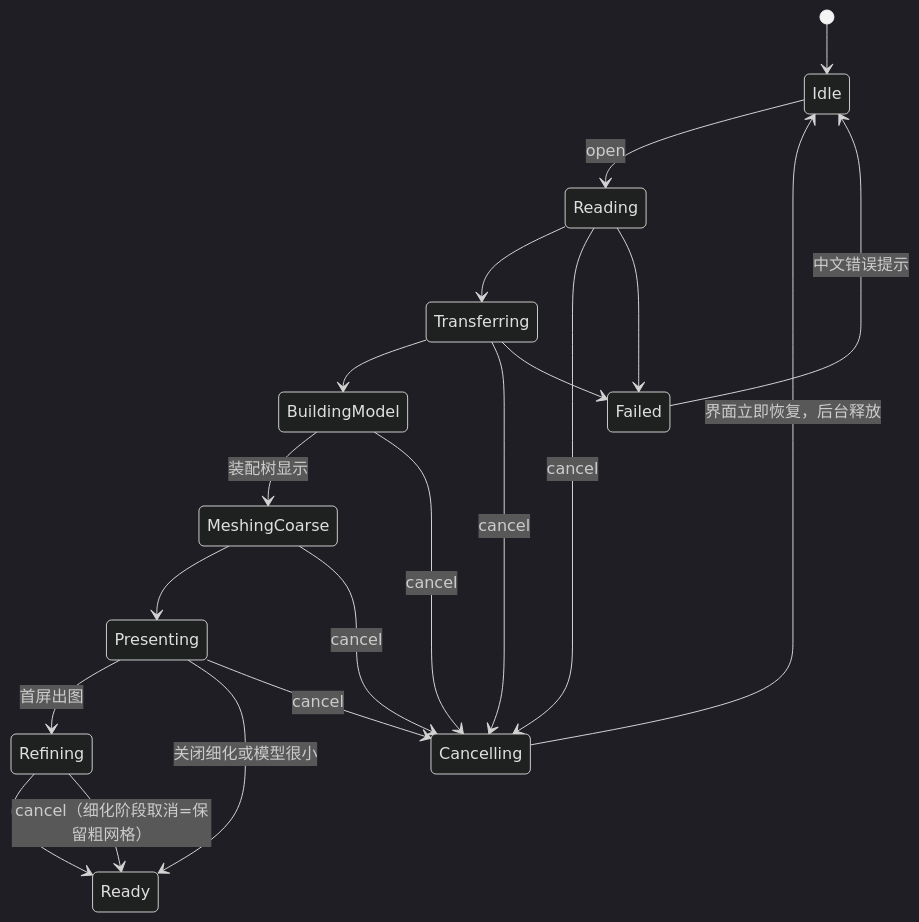
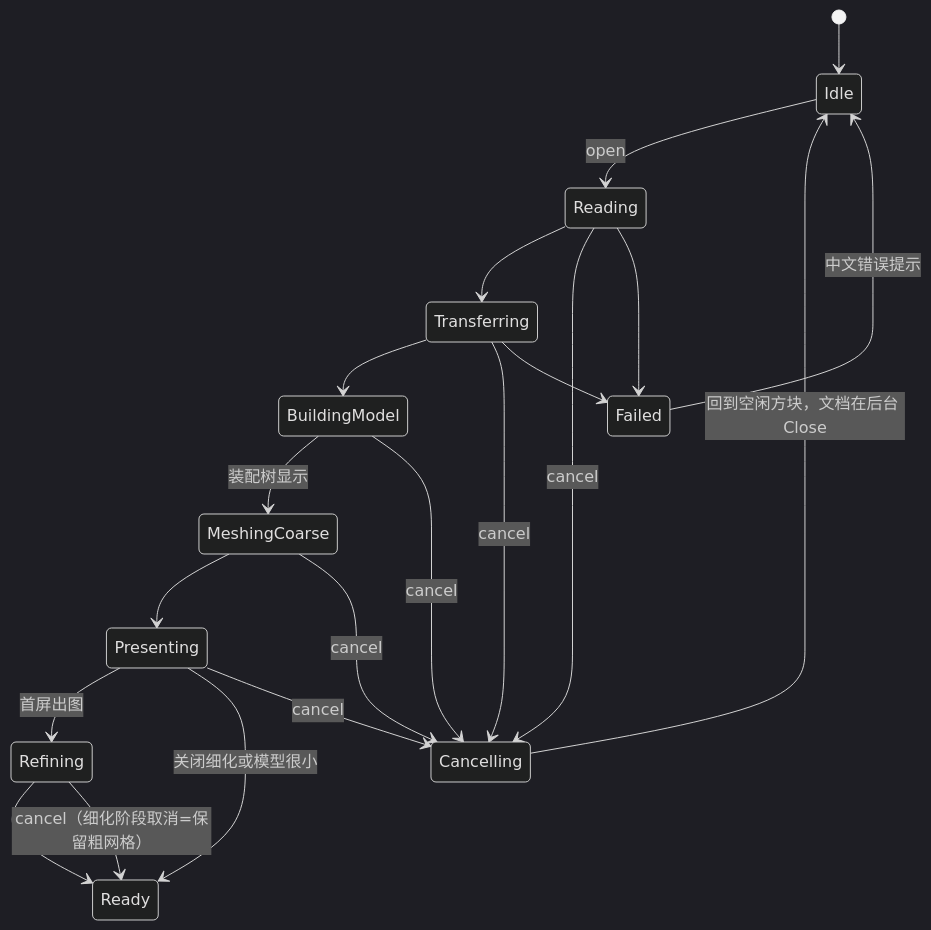
The third of 4 diagrams in docs/design/step-viewer-architecture.md (gdTang123/StepLens), drawn with Mermaid (dark theme) before and after one commit. The commit also changed other lines of this file and 14 other files, not shown here.

````diff
--- a/docs/design/step-viewer-architecture.md
+++ b/docs/design/step-viewer-architecture.md
@@ -918,22 +918,22 @@
 ```mermaid
 stateDiagram-v2
     [*] --> Idle
     Idle --> Reading: open
     Reading --> Transferring
     Transferring --> BuildingModel
     BuildingModel --> MeshingCoarse: 装配树显示
     MeshingCoarse --> Presenting
     Presenting --> Refining: 首屏出图
     Refining --> Ready
     Presenting --> Ready: 关闭细化或模型很小
     Reading --> Cancelling: cancel
     Transferring --> Cancelling: cancel
     BuildingModel --> Cancelling: cancel
     MeshingCoarse --> Cancelling: cancel
     Presenting --> Cancelling: cancel
     Refining --> Ready: cancel（细化阶段取消=保留粗网格）
-    Cancelling --> Idle: 界面立即恢复，后台释放
+    Cancelling --> Idle: 回到空闲方块，文档在后台 Close
     Reading --> Failed
     Transferring --> Failed
     Failed --> Idle: 中文错误提示
 ```
````
